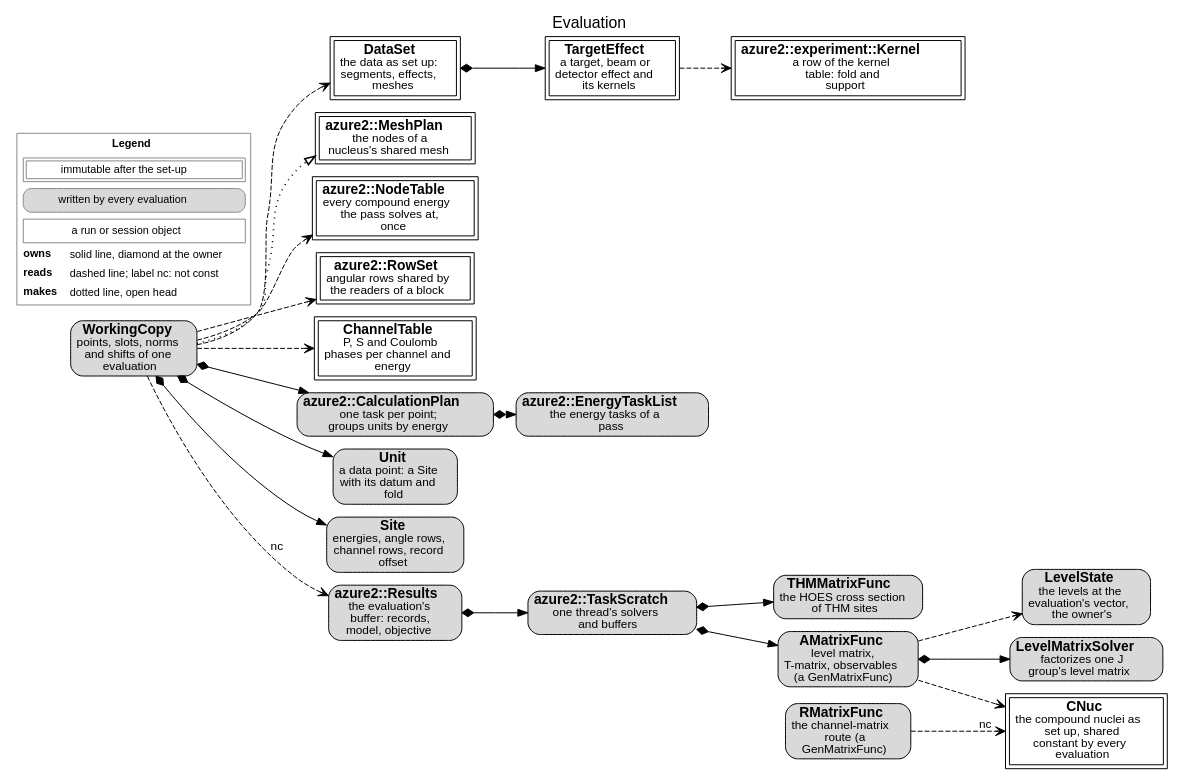
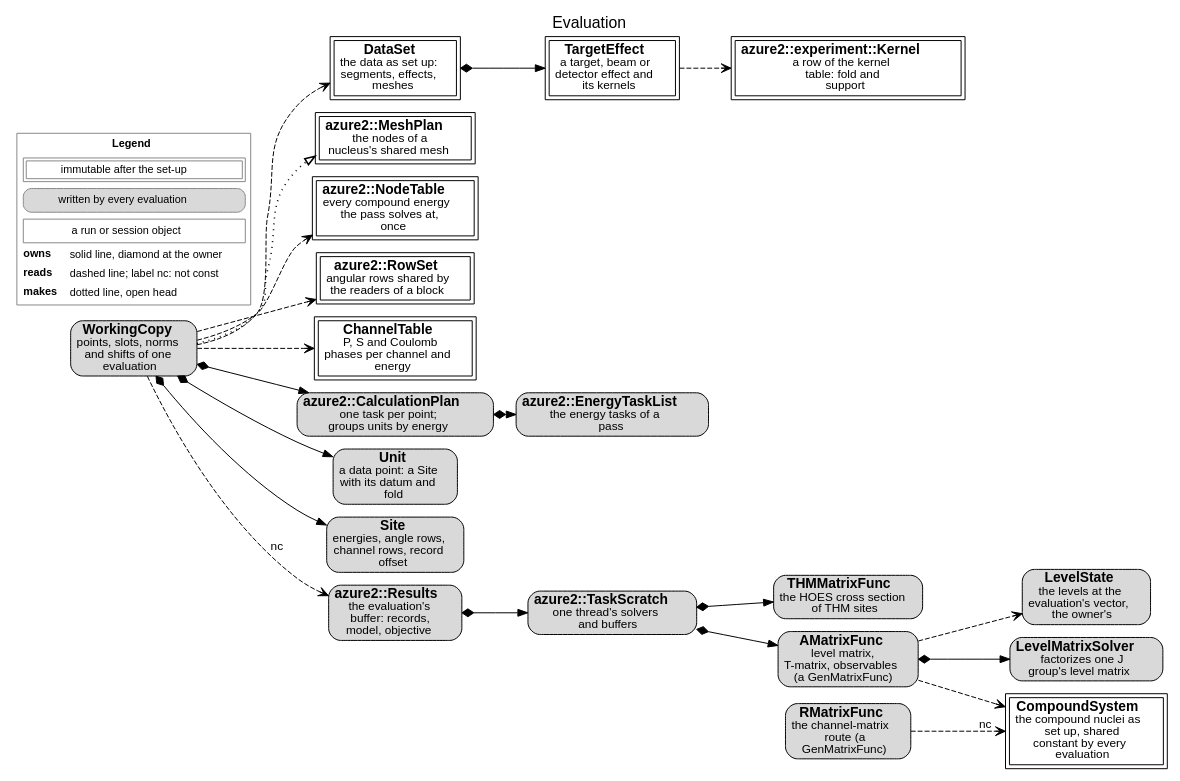
The diagram in docs/source/developer/figures/evaluation.dot (AZURE2DEV/AZURE2), drawn with Graphviz before and after one commit. The commit also changed 209 other files, not shown here.

```diff
--- a/docs/source/developer/figures/evaluation.dot
+++ b/docs/source/developer/figures/evaluation.dot
@@ -1,45 +1,45 @@
 digraph evaluation {
   graph [rankdir=LR, fontname="Helvetica", fontsize=16, labelloc=t, label="Evaluation", nodesep=0.18, ranksep=0.3, newrank=true];
   node [fontname="Helvetica", fontsize=14, margin="0.08,0.04"];
   edge [fontname="Helvetica", fontsize=12];
   n_WorkingCopy [label=<<b>WorkingCopy</b><br/><font point-size="12">points, slots, norms<br/>and shifts of one<br/>evaluation</font>>, shape=box, style="rounded,filled", fillcolor="#d9d9d9"];
   n_DataSet [label=<<b>DataSet</b><br/><font point-size="12">the data as set up:<br/>segments, effects,<br/>meshes</font>>, shape=box, peripheries=2, style="filled", fillcolor="white"];
   n_TargetEffect [label=<<b>TargetEffect</b><br/><font point-size="12">a target, beam or<br/>detector effect and<br/>its kernels</font>>, shape=box, peripheries=2, style="filled", fillcolor="white"];
   n_azure2__experiment__Kernel [label=<<b>azure2::experiment::Kernel</b><br/><font point-size="12">a row of the kernel<br/>table: fold and<br/>support</font>>, shape=box, peripheries=2, style="filled", fillcolor="white"];
   n_azure2__MeshPlan [label=<<b>azure2::MeshPlan</b><br/><font point-size="12">the nodes of a<br/>nucleus&#x27;s shared mesh</font>>, shape=box, peripheries=2, style="filled", fillcolor="white"];
   n_azure2__NodeTable [label=<<b>azure2::NodeTable</b><br/><font point-size="12">every compound energy<br/>the pass solves at,<br/>once</font>>, shape=box, peripheries=2, style="filled", fillcolor="white"];
   n_azure2__RowSet [label=<<b>azure2::RowSet</b><br/><font point-size="12">angular rows shared by<br/>the readers of a block</font>>, shape=box, peripheries=2, style="filled", fillcolor="white"];
   n_ChannelTable [label=<<b>ChannelTable</b><br/><font point-size="12">P, S and Coulomb<br/>phases per channel and<br/>energy</font>>, shape=box, peripheries=2, style="filled", fillcolor="white"];
   n_azure2__CalculationPlan [label=<<b>azure2::CalculationPlan</b><br/><font point-size="12">one task per point;<br/>groups units by energy</font>>, shape=box, style="rounded,filled", fillcolor="#d9d9d9"];
   n_azure2__EnergyTaskList [label=<<b>azure2::EnergyTaskList</b><br/><font point-size="12">the energy tasks of a<br/>pass</font>>, shape=box, style="rounded,filled", fillcolor="#d9d9d9"];
   n_Unit [label=<<b>Unit</b><br/><font point-size="12">a data point: a Site<br/>with its datum and<br/>fold</font>>, shape=box, style="rounded,filled", fillcolor="#d9d9d9"];
   n_Site [label=<<b>Site</b><br/><font point-size="12">energies, angle rows,<br/>channel rows, record<br/>offset</font>>, shape=box, style="rounded,filled", fillcolor="#d9d9d9"];
   n_azure2__Results [label=<<b>azure2::Results</b><br/><font point-size="12">the evaluation&#x27;s<br/>buffer: records,<br/>model, objective</font>>, shape=box, style="rounded,filled", fillcolor="#d9d9d9"];
   n_azure2__TaskScratch [label=<<b>azure2::TaskScratch</b><br/><font point-size="12">one thread&#x27;s solvers<br/>and buffers</font>>, shape=box, style="rounded,filled", fillcolor="#d9d9d9"];
   n_AMatrixFunc [label=<<b>AMatrixFunc</b><br/><font point-size="12">level matrix,<br/>T-matrix, observables<br/>(a GenMatrixFunc)</font>>, shape=box, style="rounded,filled", fillcolor="#d9d9d9"];
   n_THMMatrixFunc [label=<<b>THMMatrixFunc</b><br/><font point-size="12">the HOES cross section<br/>of THM sites</font>>, shape=box, style="rounded,filled", fillcolor="#d9d9d9"];
   n_RMatrixFunc [label=<<b>RMatrixFunc</b><br/><font point-size="12">the channel-matrix<br/>route (a<br/>GenMatrixFunc)</font>>, shape=box, style="rounded,filled", fillcolor="#d9d9d9"];
   n_LevelMatrixSolver [label=<<b>LevelMatrixSolver</b><br/><font point-size="12">factorizes one J<br/>group&#x27;s level matrix</font>>, shape=box, style="rounded,filled", fillcolor="#d9d9d9"];
-  n_CNuc [label=<<b>CNuc</b><br/><font point-size="12">the compound nuclei as<br/>set up, shared<br/>constant by every<br/>evaluation</font>>, shape=box, peripheries=2, style="filled", fillcolor="white"];
+  n_CompoundSystem [label=<<b>CompoundSystem</b><br/><font point-size="12">the compound nuclei as<br/>set up, shared<br/>constant by every<br/>evaluation</font>>, shape=box, peripheries=2, style="filled", fillcolor="white"];
   n_LevelState [label=<<b>LevelState</b><br/><font point-size="12">the levels at the<br/>evaluation&#x27;s vector,<br/>the owner&#x27;s</font>>, shape=box, style="rounded,filled", fillcolor="#d9d9d9"];
   n_WorkingCopy -> n_DataSet [style=dashed, arrowhead=vee];
   n_DataSet -> n_TargetEffect [style=solid, dir=both, arrowtail=diamond, arrowhead=normal];
   n_TargetEffect -> n_azure2__experiment__Kernel [style=dashed, arrowhead=vee];
   n_WorkingCopy -> n_azure2__MeshPlan [style=dotted, penwidth=1.6, arrowhead=empty];
   n_WorkingCopy -> n_azure2__NodeTable [style=dashed, arrowhead=vee];
   n_WorkingCopy -> n_azure2__RowSet [style=dashed, arrowhead=vee];
   n_WorkingCopy -> n_ChannelTable [style=dashed, arrowhead=vee];
   n_WorkingCopy -> n_azure2__CalculationPlan [style=solid, dir=both, arrowtail=diamond, arrowhead=normal];
   n_azure2__CalculationPlan -> n_azure2__EnergyTaskList [style=solid, dir=both, arrowtail=diamond, arrowhead=normal];
   n_WorkingCopy -> n_Unit [style=solid, dir=both, arrowtail=diamond, arrowhead=normal];
   n_WorkingCopy -> n_Site [style=solid, dir=both, arrowtail=diamond, arrowhead=normal];
   n_azure2__Results -> n_azure2__TaskScratch [style=solid, dir=both, arrowtail=diamond, arrowhead=normal];
   n_azure2__TaskScratch -> n_AMatrixFunc [style=solid, dir=both, arrowtail=diamond, arrowhead=normal];
   n_azure2__TaskScratch -> n_THMMatrixFunc [style=solid, dir=both, arrowtail=diamond, arrowhead=normal];
   n_AMatrixFunc -> n_LevelMatrixSolver [style=solid, dir=both, arrowtail=diamond, arrowhead=normal];
-  n_AMatrixFunc -> n_CNuc [style=dashed, arrowhead=vee];
+  n_AMatrixFunc -> n_CompoundSystem [style=dashed, arrowhead=vee];
   n_AMatrixFunc -> n_LevelState [style=dashed, arrowhead=vee];
-  n_RMatrixFunc -> n_CNuc [style=dashed, arrowhead=vee, label=" nc"];
+  n_RMatrixFunc -> n_CompoundSystem [style=dashed, arrowhead=vee, label=" nc"];
   n_WorkingCopy -> n_azure2__Results [style=dashed, arrowhead=vee, label=" nc"];
   legend [shape=plaintext, fontsize=11, label=<<TABLE BORDER="1" CELLBORDER="0" CELLSPACING="3" COLOR="#888888"><TR><TD COLSPAN="2"><B>Legend</B></TD></TR><TR><TD COLSPAN="2"><TABLE BORDER="1" CELLBORDER="1" CELLSPACING="2" CELLPADDING="2"><TR><TD>immutable after the set-up</TD></TR></TABLE></TD></TR><TR><TD COLSPAN="2"><TABLE BORDER="1" CELLBORDER="0" CELLPADDING="3" STYLE="rounded" BGCOLOR="#d9d9d9"><TR><TD>written by every evaluation</TD></TR></TABLE></TD></TR><TR><TD COLSPAN="2"><TABLE BORDER="1" CELLBORDER="0" CELLPADDING="3" ><TR><TD>a run or session object</TD></TR></TABLE></TD></TR><TR><TD ALIGN="LEFT"><B>owns</B></TD><TD ALIGN="LEFT">solid line, diamond at the owner</TD></TR><TR><TD ALIGN="LEFT"><B>reads</B></TD><TD ALIGN="LEFT">dashed line; label nc: not const</TD></TR><TR><TD ALIGN="LEFT"><B>makes</B></TD><TD ALIGN="LEFT">dotted line, open head</TD></TR></TABLE>>];
 }
```
